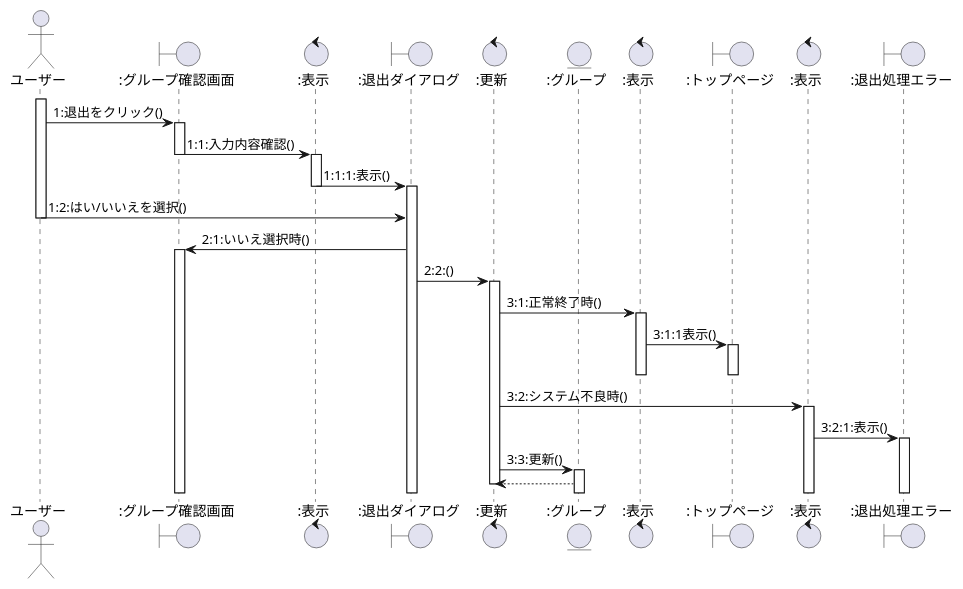
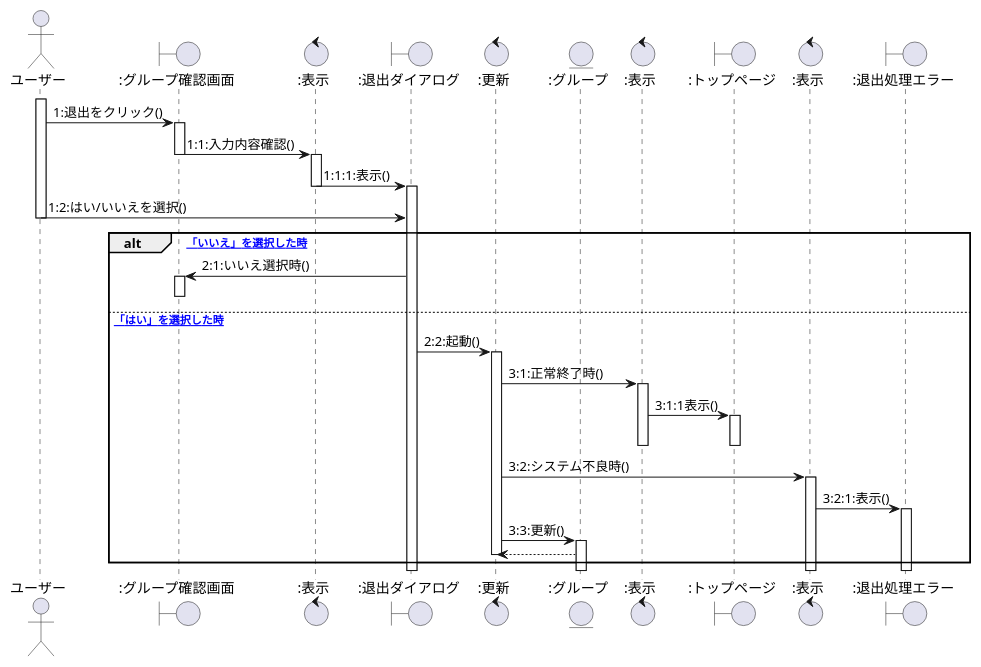
Before and after one commit to ksw2270227/GroupF: the third of 8 diagrams in user2_sequence.plantuml, drawn with PlantUML.

Commit message:
あきもとだよ

```diff
--- a/user2_sequence.plantuml
+++ b/user2_sequence.plantuml
@@ -67,42 +67,52 @@
 @startuml グループ退出シーケンス図
 actor ユーザー as 0
 boundary ":グループ確認画面" as a
 control ":表示" as b
 boundary ":退出ダイアログ" as c
 control ":更新" as d
 entity ":グループ" as e
 control ":表示" as f
 boundary ":トップページ" as g
 control ":表示" as h
 boundary ":退出処理エラー" as i
 
 activate 0
     0 -> a:1:退出をクリック()
     activate a
     a -> b:1:1:入力内容確認()
     deactivate a
     activate b
     b -> c:1:1:1:表示()
     deactivate b
     activate c
     0 -> c:1:2:はい/いいえを選択()
     deactivate 0
+
+    alt [「いいえ」を選択した時]
+
     c -> a:2:1:いいえ選択時()
     activate a
-    c -> d:2:2:()
+    a -[hidden]> a
+    deactivate a
+
+    else [「はい」を選択した時]
+    
+    c -> d:2:2:起動()
     activate d
     d -> f:3:1:正常終了時()
     activate f
     f -> g:3:1:1表示()
     activate g
     deactivate f
     deactivate g
     d -> h:3:2:システム不良時()
     activate h
     h -> i:3:2:1:表示()
     activate i
     d -> e:3:3:更新()
     activate e
     e --> d
     deactivate d
+
+    end
 @enduml
```
